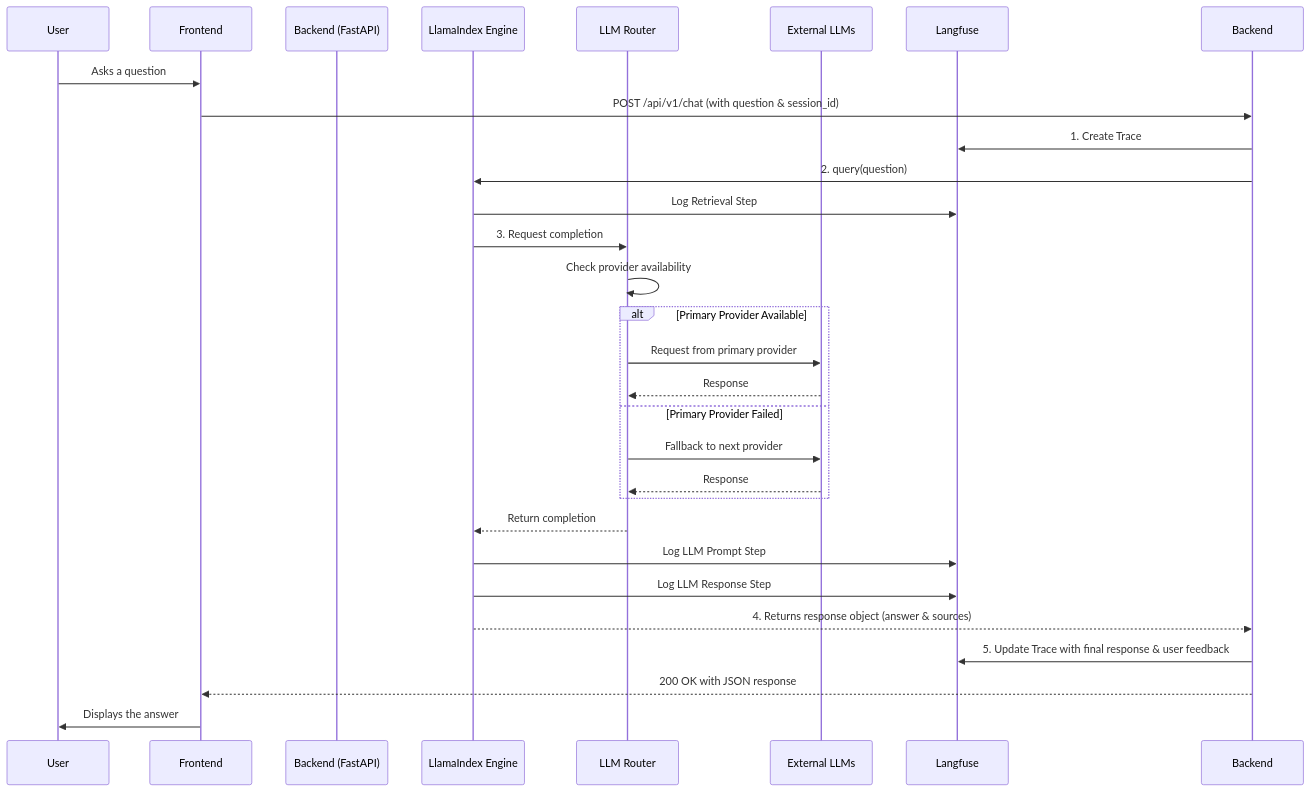
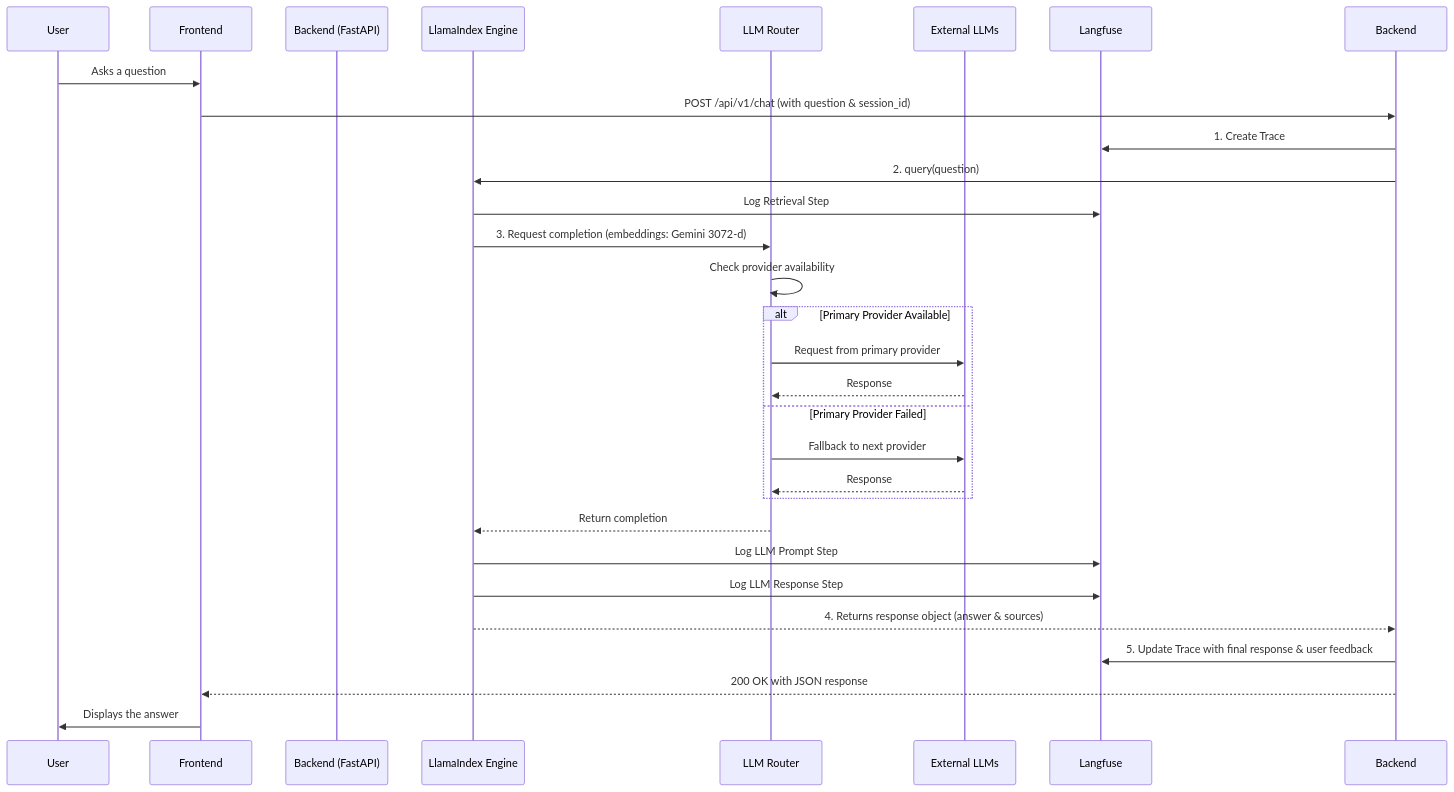
One commit to aemreusta/rag-api-for-docs changed the diagram in docs/diagrams/sequence_flow.mmd. Above: the diagram before and after it, drawn with Mermaid. The commit also changed 11 other files, not shown here.

Commit message:
docs(embeddings): align docs and diagrams to Gemini default 3072-d; add RAG_EMPTY Postman case; compose name prefix for clarity

```diff
--- a/docs/diagrams/sequence_flow.mmd
+++ b/docs/diagrams/sequence_flow.mmd
@@ -1,38 +1,38 @@
 sequenceDiagram
     participant User
     participant Frontend
     participant Backend (FastAPI)
     participant LlamaIndex Engine
     participant LLM Router
     participant External LLMs
     participant Langfuse
 
     User->>Frontend: Asks a question
     Frontend->>Backend: POST /api/v1/chat (with question & session_id)
     
     Backend->>Langfuse: 1. Create Trace
     
     Backend->>LlamaIndex Engine: 2. query(question)
     LlamaIndex Engine->>Langfuse: Log Retrieval Step
     
-    LlamaIndex Engine->>LLM Router: 3. Request completion
+    LlamaIndex Engine->>LLM Router: 3. Request completion (embeddings: Gemini 3072-d)
     LLM Router->>LLM Router: Check provider availability
     
     alt Primary Provider Available
         LLM Router->>External LLMs: Request from primary provider
         External LLMs-->>LLM Router: Response
     else Primary Provider Failed
         LLM Router->>External LLMs: Fallback to next provider
         External LLMs-->>LLM Router: Response
     end
     
     LLM Router-->>LlamaIndex Engine: Return completion
     
     LlamaIndex Engine->>Langfuse: Log LLM Prompt Step
     LlamaIndex Engine->>Langfuse: Log LLM Response Step
     LlamaIndex Engine-->>Backend: 4. Returns response object (answer & sources)
     
     Backend->>Langfuse: 5. Update Trace with final response & user feedback
     
     Backend-->>Frontend: 200 OK with JSON response
     Frontend->>User: Displays the answer 
```
